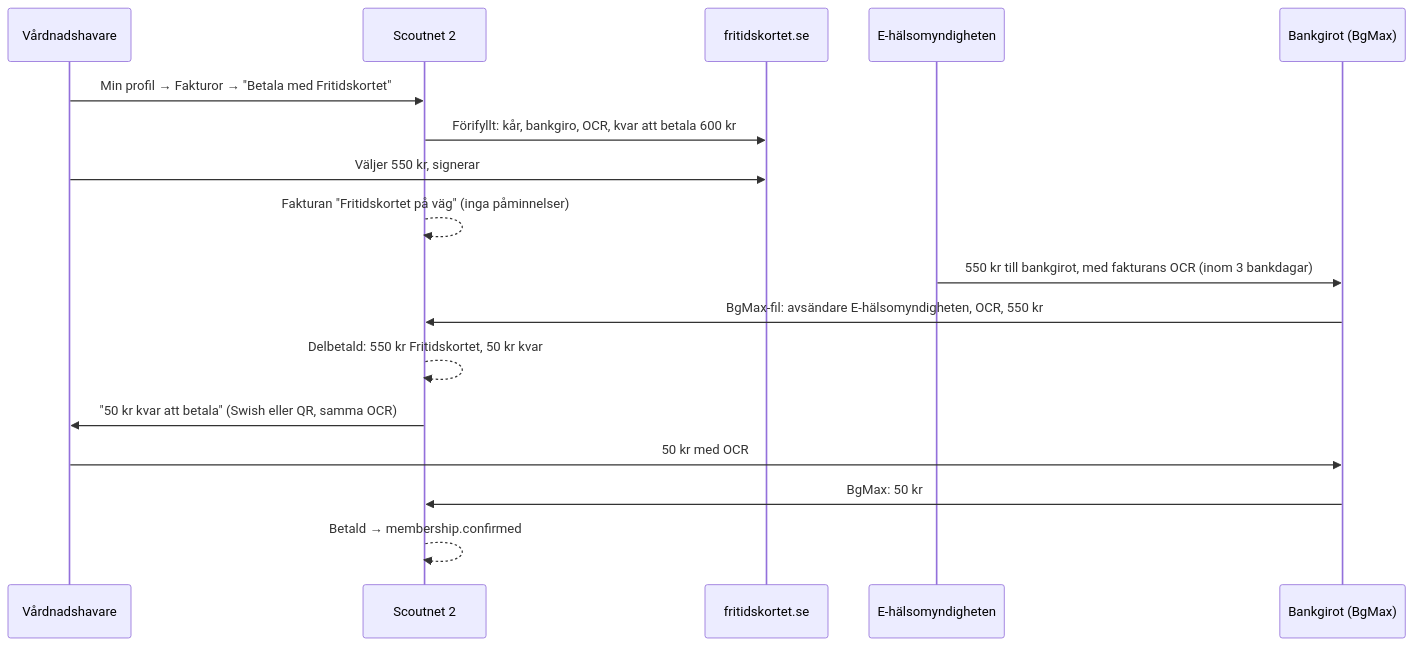
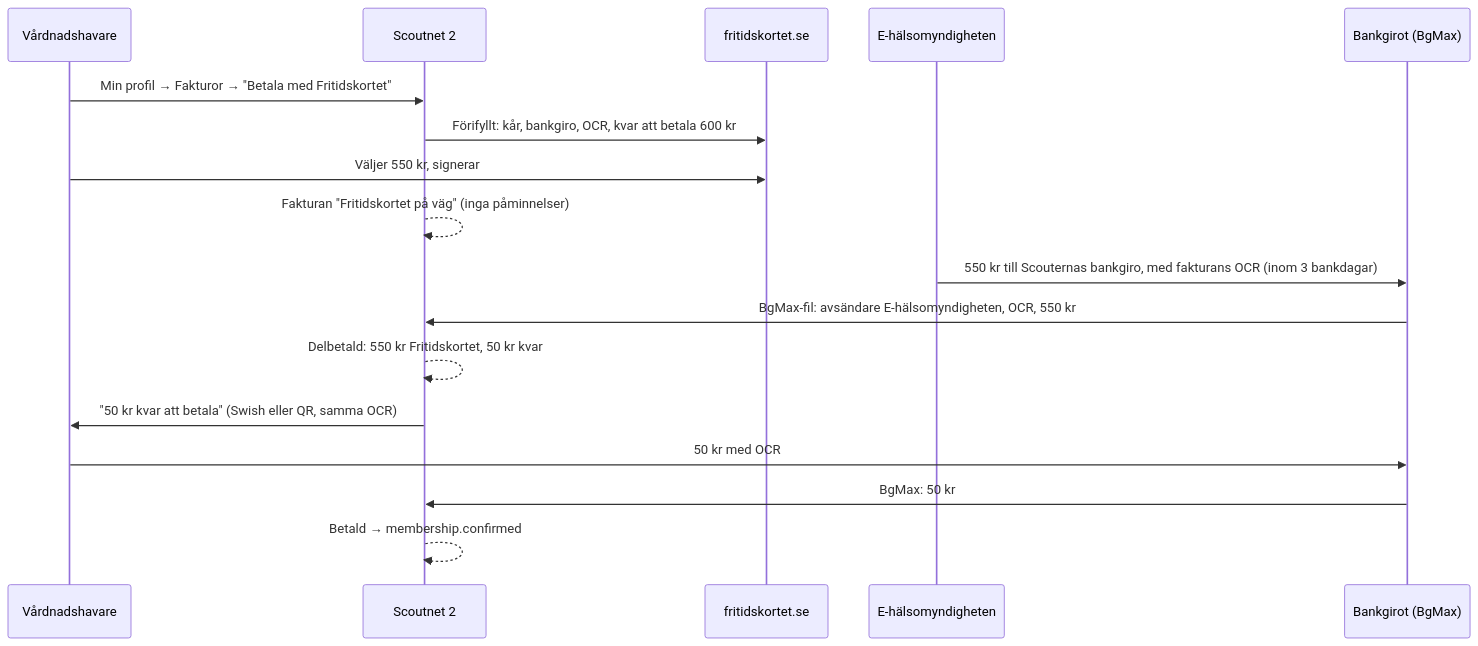
Before and after one commit to martin-green/scoutnet2: the fourth of 4 diagrams in docs/moduler/fakturering.md, drawn with Mermaid. The commit also changed other lines of this file and 1 other file, not shown here.

First line of the commit message:
Fakturering: Fritidskortet via Scouternas centrala bankgiro

````diff
--- a/docs/moduler/fakturering.md
+++ b/docs/moduler/fakturering.md
@@ -324,19 +330,19 @@
 ```mermaid
 sequenceDiagram
   participant V as Vårdnadshavare
   participant S as Scoutnet 2
   participant F as fritidskortet.se
   participant E as E-hälsomyndigheten
   participant BG as Bankgirot (BgMax)
   V->>S: Min profil → Fakturor → "Betala med Fritidskortet"
   S->>F: Förifyllt: kår, bankgiro, OCR, kvar att betala 600 kr
   V->>F: Väljer 550 kr, signerar
   S-->>S: Fakturan "Fritidskortet på väg" (inga påminnelser)
-  E->>BG: 550 kr till bankgirot, med fakturans OCR (inom 3 bankdagar)
+  E->>BG: 550 kr till Scouternas bankgiro, med fakturans OCR (inom 3 bankdagar)
   BG->>S: BgMax-fil: avsändare E-hälsomyndigheten, OCR, 550 kr
   S-->>S: Delbetald: 550 kr Fritidskortet, 50 kr kvar
   S->>V: "50 kr kvar att betala" (Swish eller QR, samma OCR)
   V->>BG: 50 kr med OCR
   BG->>S: BgMax: 50 kr
   S-->>S: Betald → membership.confirmed
 ```
````
